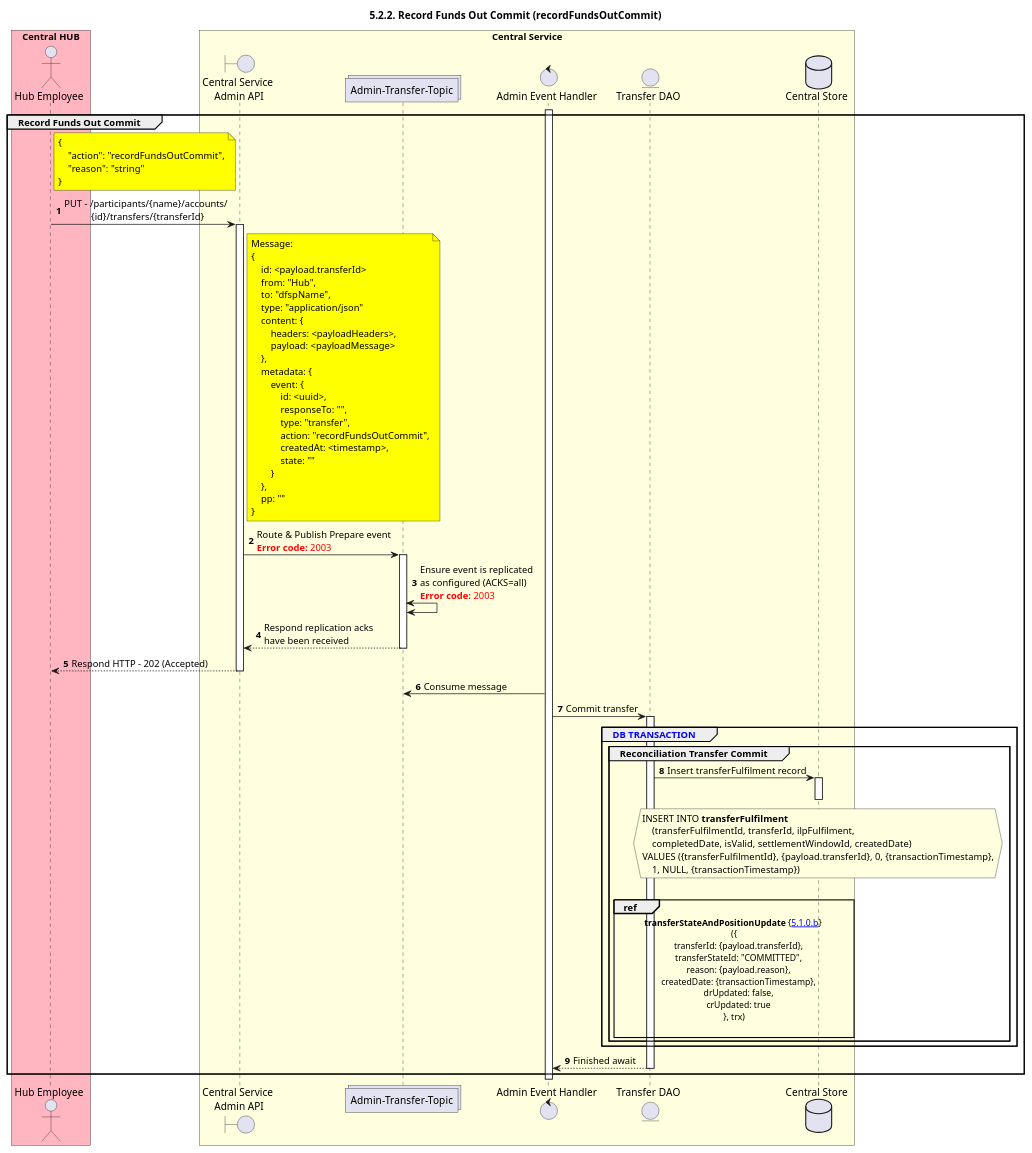
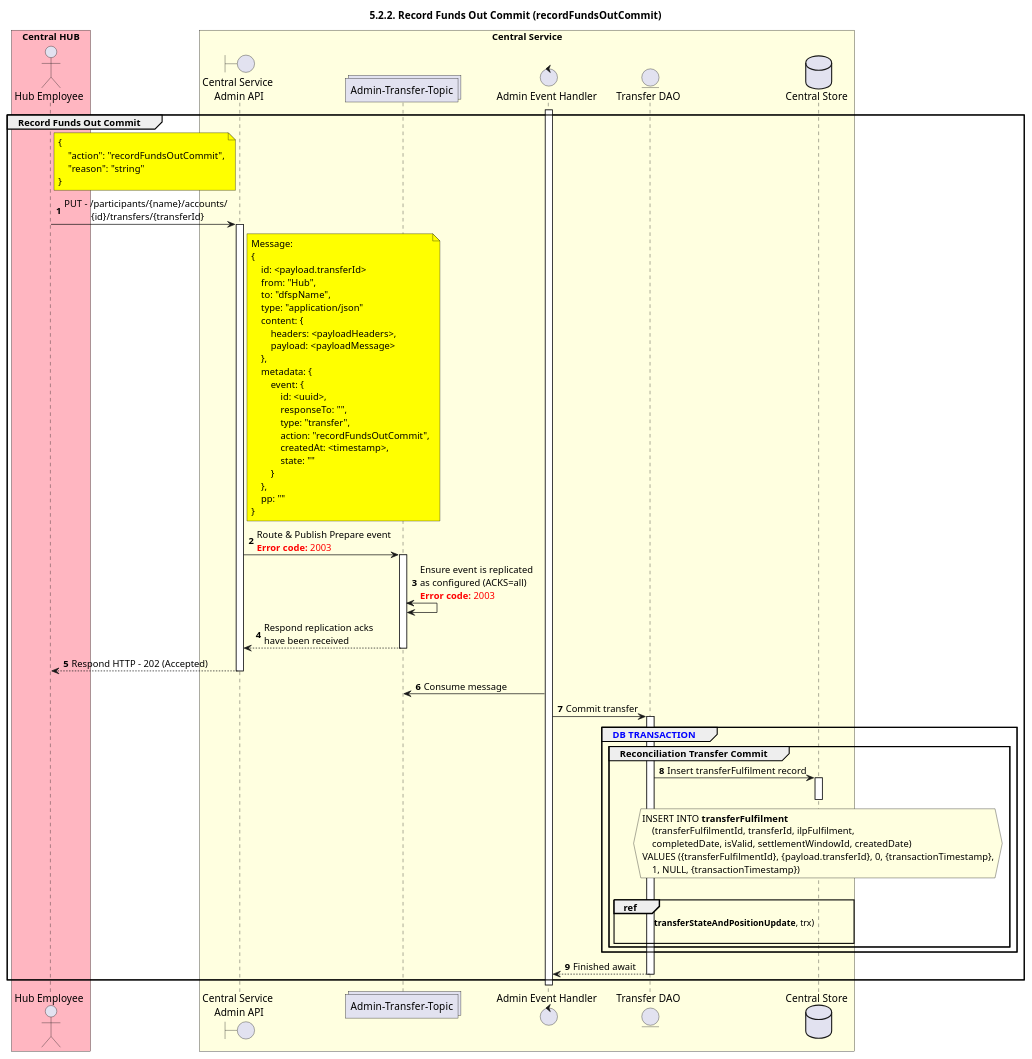
The diagram in mojaloop-technical-overview/central-settlements/funds-in-out/assets/diagrams/sequence/seq-recfunds-5.2.2-out-commit.plantuml (mojaloop/documentation), drawn with PlantUML before and after one commit. The commit also changed 22 other files, not shown here.

Commit message:
Remove SVG hrefs to mojaloop/docs

```diff
--- a/mojaloop-technical-overview/central-settlements/funds-in-out/assets/diagrams/sequence/seq-recfunds-5.2.2-out-commit.plantuml
+++ b/mojaloop-technical-overview/central-settlements/funds-in-out/assets/diagrams/sequence/seq-recfunds-5.2.2-out-commit.plantuml
@@ -25,101 +25,101 @@
 @startuml
 ' declate title
 title 5.2.2. Record Funds Out Commit (recordFundsOutCommit)
 
 autonumber
 
 ' Actor Keys:
 '   boundary - APIs/Interfaces, etc
 '   collections - Kafka Topics
 '   control - Kafka Consumers
 '   entity - Database Access Objects
 '   database - Database Persistance Store
 
 ' declare actors
 actor "Hub Employee" as OPERATOR
 boundary "Central Service\n Admin API" as CS_ADMIN_API
 collections "Admin-Transfer-Topic" as TOPIC_ADMIN_TRANSFER
 control "Admin Event Handler" as ADMIN_HANDLER
 entity "Transfer DAO" as TRANSFER_DAO
 database "Central Store" as DB
 
 box "Central HUB" #lightpink
     participant OPERATOR
 end box
 
 box "Central Service" #LightYellow
     participant CS_ADMIN_API
 	participant TOPIC_ADMIN_TRANSFER
     participant ADMIN_HANDLER
     participant TRANSFER_DAO
     participant DB
 end box
 
 ' start flow
 activate ADMIN_HANDLER
 group Record Funds Out Commit
     note right of OPERATOR #yellow
         {
             "action": "recordFundsOutCommit",
             "reason": "string"
         }
     end note
     OPERATOR -> CS_ADMIN_API: PUT - /participants/{name}/accounts/\n           {id}/transfers/{transferId}
     activate CS_ADMIN_API
 
     note right of CS_ADMIN_API #yellow
         Message:
         {
             id: <payload.transferId>
             from: "Hub",
             to: "dfspName",
             type: "application/json"
             content: {
                 headers: <payloadHeaders>,
                 payload: <payloadMessage>
             },
             metadata: {
                 event: {
                     id: <uuid>,
                     responseTo: "",
                     type: "transfer",
                     action: "recordFundsOutCommit",
                     createdAt: <timestamp>,
                     state: ""
                 }
             },
             pp: ""
         }
     end note
     CS_ADMIN_API -> TOPIC_ADMIN_TRANSFER: Route & Publish Prepare event\n<color #FF0000><b>Error code:</b> 2003</color>
     activate TOPIC_ADMIN_TRANSFER
     TOPIC_ADMIN_TRANSFER <-> TOPIC_ADMIN_TRANSFER: Ensure event is replicated\nas configured (ACKS=all)\n<color #FF0000><b>Error code:</b> 2003</color>
     TOPIC_ADMIN_TRANSFER --> CS_ADMIN_API: Respond replication acks\nhave been received
     deactivate TOPIC_ADMIN_TRANSFER
     CS_ADMIN_API ---> OPERATOR: Respond HTTP - 202 (Accepted)
     deactivate CS_ADMIN_API
 
     TOPIC_ADMIN_TRANSFER <- ADMIN_HANDLER: Consume message
     ADMIN_HANDLER -> TRANSFER_DAO: Commit transfer
     activate TRANSFER_DAO
     group <color #blue>DB TRANSACTION</color>
         group Reconciliation Transfer Commit
             TRANSFER_DAO -> DB: Insert transferFulfilment record
             activate DB
             deactivate DB
             hnote over DB #lightyellow
                 INSERT INTO **transferFulfilment**
                     (transferFulfilmentId, transferId, ilpFulfilment,
                     completedDate, isValid, settlementWindowId, createdDate)
                 VALUES ({transferFulfilmentId}, {payload.transferId}, 0, {transactionTimestamp},
                     1, NULL, {transactionTimestamp})
             end hnote
             |||
-            ref over TRANSFER_DAO, DB:**transferStateAndPositionUpdate** {[[https://github.com/mojaloop/docs/blob/master/Diagrams/SequenceDiagrams/seq-recfunds-5.1.0.b-transferStateAndPositionUpdate.svg 5.1.0.b]]} \n({\n    transferId: {payload.transferId},\n    transferStateId: "COMMITTED",\n    reason: {payload.reason},\n    createdDate: {transactionTimestamp},\n    drUpdated: false,\n    crUpdated: true\n}, trx)\n
+            ref over TRANSFER_DAO, DB:**transferStateAndPositionUpdate**, trx)\n
         end
     end
     ADMIN_HANDLER <-- TRANSFER_DAO: Finished await
     deactivate TRANSFER_DAO
 end
 deactivate ADMIN_HANDLER
 @enduml
```
